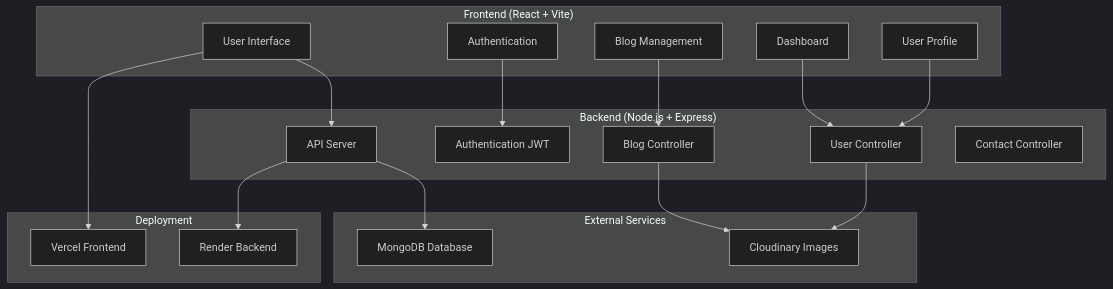
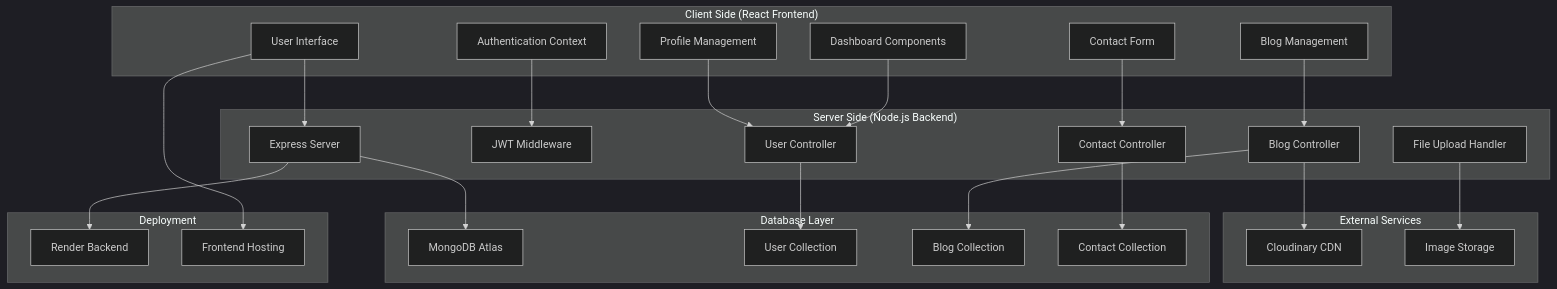
The first of 4 diagrams in README.md (thehiten/Hiten-blogForge), drawn with Mermaid (dark theme) before and after one commit. The commit also changed other lines of this file, not shown here.

````diff
--- a/README.md
+++ b/README.md
@@ -168,40 +80,55 @@
 ```mermaid
 graph TB
-    subgraph "Frontend (React + Vite)"
+    subgraph "Client Side (React Frontend)"
         A[User Interface]
-        B[Authentication]
+        B[Authentication Context]
         C[Blog Management]
-        D[Dashboard]
-        E[User Profile]
+        D[Dashboard Components]
+        E[Profile Management]
+        F[Contact Form]
     end
     
-    subgraph "Backend (Node.js + Express)"
-        F[API Server]
-        G[Authentication JWT]
-        H[Blog Controller]
-        I[User Controller]
-        J[Contact Controller]
+    subgraph "Server Side (Node.js Backend)"
+        G[Express Server]
+        H[JWT Middleware]
+        I[Blog Controller]
+        J[User Controller]
+        K[Contact Controller]
+        L[File Upload Handler]
+    end
+    
+    subgraph "Database Layer"
+        M[MongoDB Atlas]
+        N[User Collection]
+        O[Blog Collection]
+        P[Contact Collection]
     end
     
     subgraph "External Services"
-        K[MongoDB Database]
-        L[Cloudinary Images]
+        Q[Cloudinary CDN]
+        R[Image Storage]
     end
     
     subgraph "Deployment"
-        M[Vercel Frontend]
-        N[Render Backend]
+        S[Render Backend]
+        T[Frontend Hosting]
     end
     
-    A --> F
-    B --> G
-    C --> H
-    D --> I
-    E --> I
+    A --> G
+    B --> H
+    C --> I
+    D --> J
+    E --> J
     F --> K
-    H --> L
-    I --> L
     
-    A --> M
-    F --> N
+    G --> M
+    I --> O
+    J --> N
+    K --> P
+    
+    I --> Q
+    L --> R
+    
+    G --> S
+    A --> T
 ```
````
